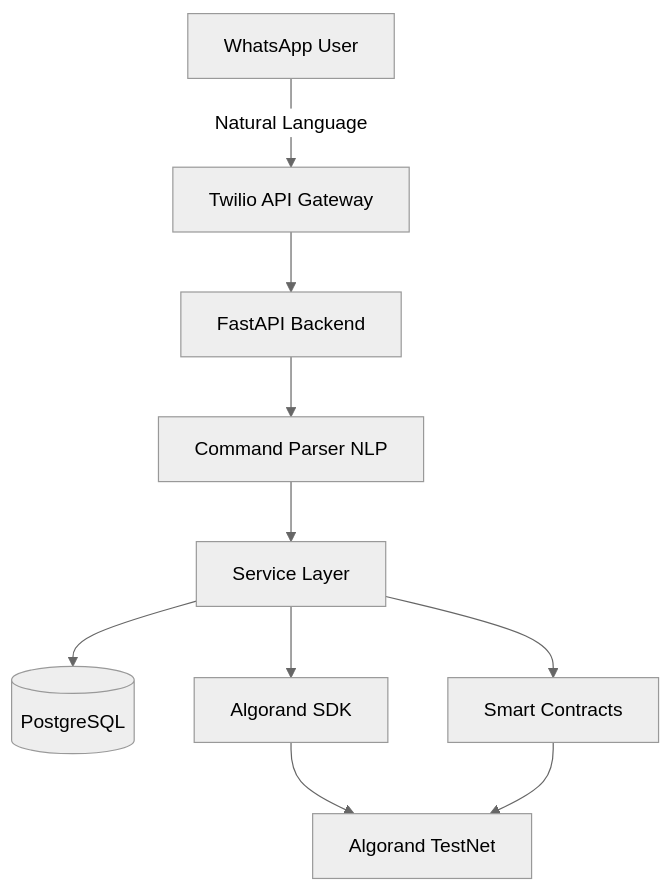
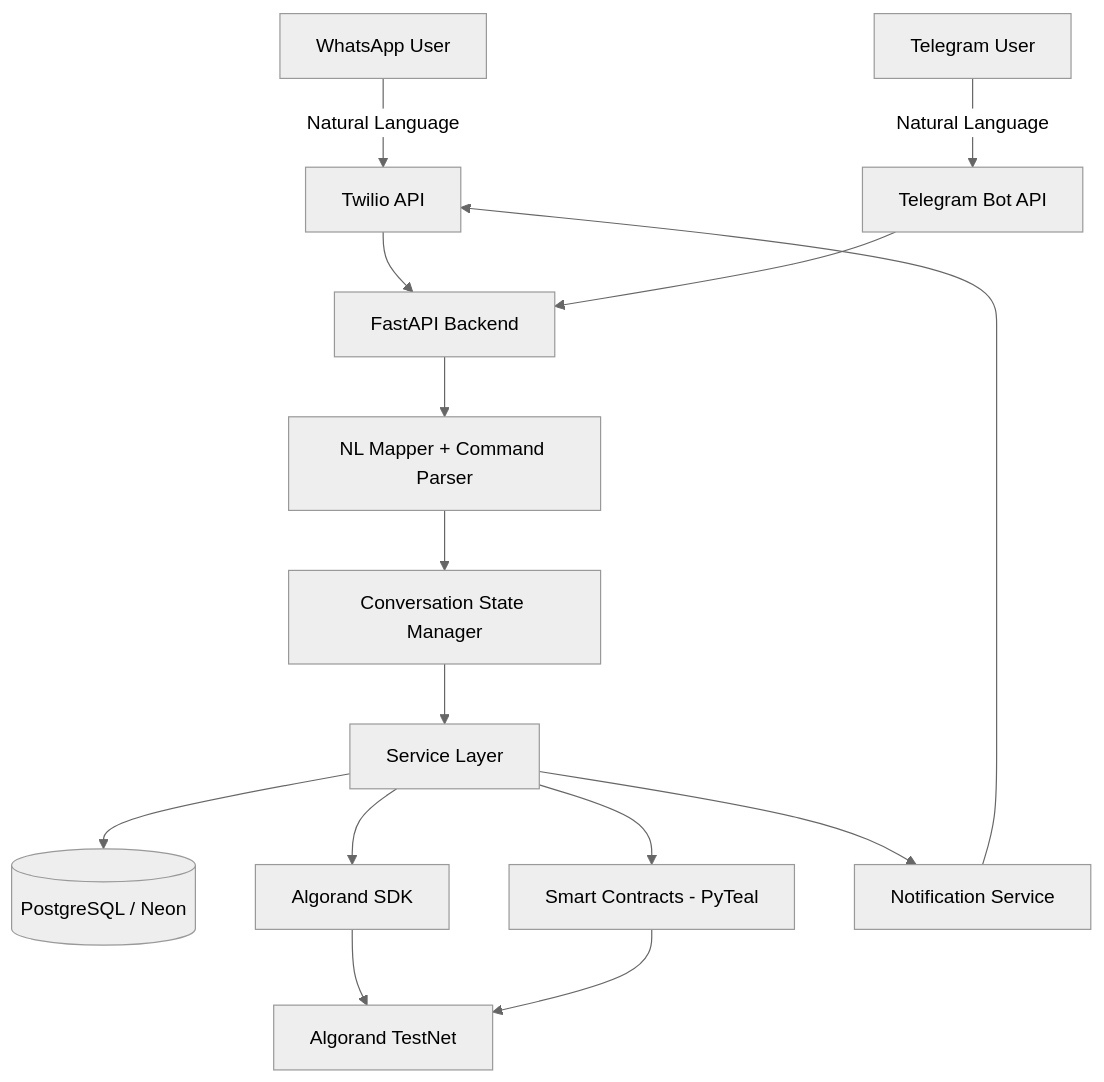
The diagram in README.md (AnshGoyanka/Algochat_Pay), drawn with Mermaid (neutral theme) before and after one commit. The commit also changed other lines of this file, not shown here.

````diff
--- a/README.md
+++ b/README.md
@@ -157,12 +157,17 @@
 ```mermaid
 graph TB
-    A[WhatsApp User] -->|Natural Language| B[Twilio API Gateway]
+    A[WhatsApp User] -->|Natural Language| B[Twilio API]
+    T[Telegram User] -->|Natural Language| U[Telegram Bot API]
     B --> C[FastAPI Backend]
-    C --> D[Command Parser NLP]
-    D --> E[Service Layer]
-    E --> F[(PostgreSQL)]
-    E --> G[Algorand SDK]
-    G --> H[Algorand TestNet]
-    E --> I[Smart Contracts]
-    I --> H
+    U --> C
+    C --> D[NL Mapper + Command Parser]
+    D --> E[Conversation State Manager]
+    E --> F[Service Layer]
+    F --> G[(PostgreSQL / Neon)]
+    F --> H[Algorand SDK]
+    H --> I[Algorand TestNet]
+    F --> J[Smart Contracts - PyTeal]
+    J --> I
+    F --> K[Notification Service]
+    K --> B
 ```
````
